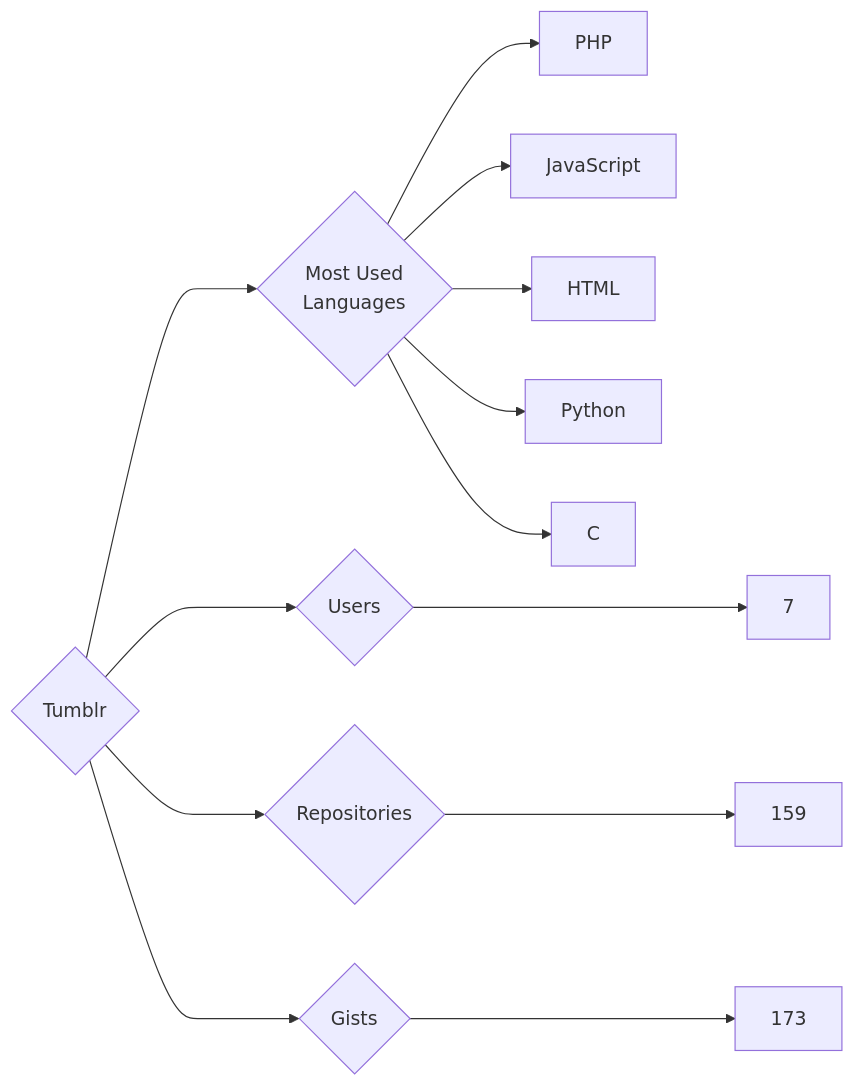
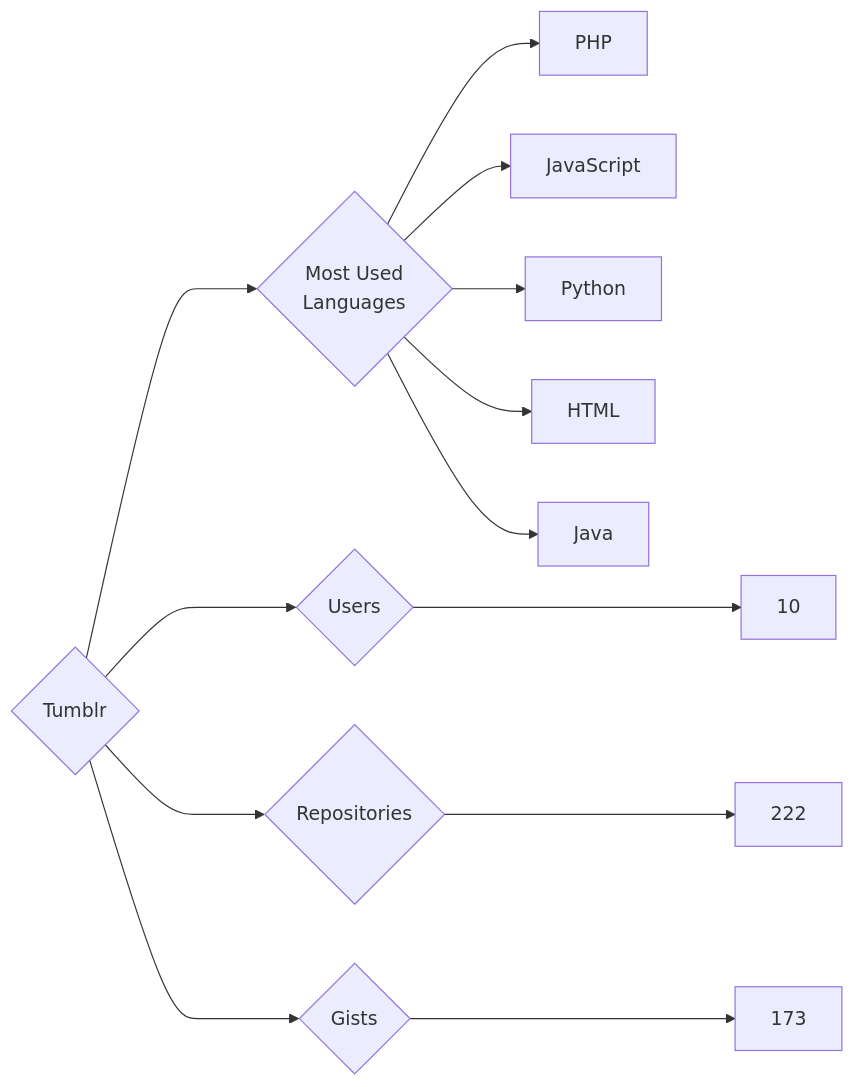
Before and after one commit to trickest/insiders: the diagram in targets/Tumblr/README.md, drawn with Mermaid. The commit also changed 787 other files, not shown here.

````diff
--- a/targets/Tumblr/README.md
+++ b/targets/Tumblr/README.md
@@ -3,13 +3,13 @@
 ```mermaid
 graph LR
 COMPANY_NAME{Tumblr}
-COMPANY_NAME ---> U{Users} ---> UN[7]
-COMPANY_NAME ---> R{Repositories} ---> RN[159]
+COMPANY_NAME ---> U{Users} ---> UN[10]
+COMPANY_NAME ---> R{Repositories} ---> RN[222]
 COMPANY_NAME ---> G{Gists} ---> GN[173]
 COMPANY_NAME ---> ML{Most Used<br>Languages}
 ML --> PHP[PHP]
 ML --> JavaScript[JavaScript]
+ML --> Python[Python]
 ML --> HTML[HTML]
-ML --> Python[Python]
-ML --> C[C]
+ML --> Java[Java]
 ```
````
